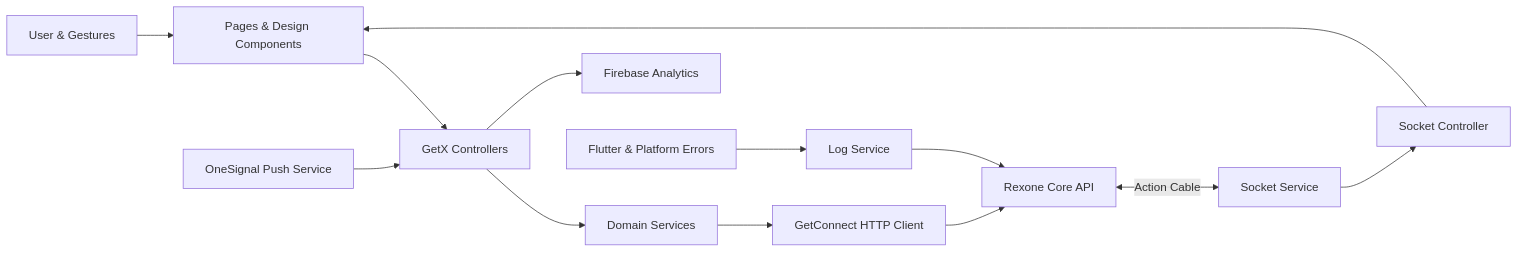
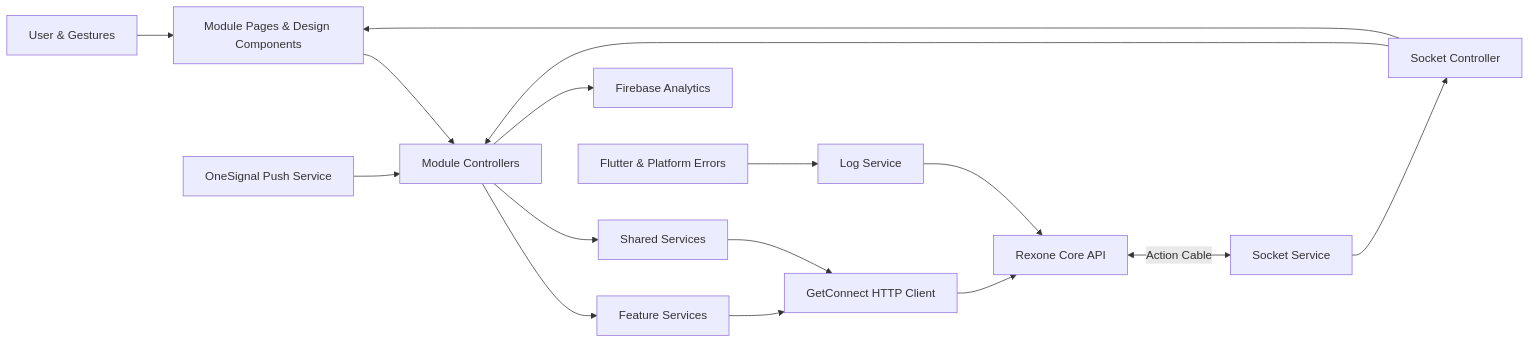
Before and after one commit to rex-9/auth-service-mobile: the diagram in README.md, drawn with Mermaid. The commit also changed other lines of this file and 66 other files, not shown here.

````diff
--- a/README.md
+++ b/README.md
@@ -79,17 +79,20 @@
 ```mermaid
 flowchart LR
-    User[User & Gestures] --> UI[Pages & Design Components]
-    UI --> Controllers[GetX Controllers]
-    Controllers --> Services[Domain Services]
-    Services --> API[GetConnect HTTP Client]
+    User[User & Gestures] --> UI[Module Pages & Design Components]
+    UI --> Controllers[Module Controllers]
+    Controllers --> FeatureSvc[Feature Services]
+    Controllers --> SharedSvc[Shared Services]
+    FeatureSvc --> API[GetConnect HTTP Client]
+    SharedSvc --> API
     API --> Core[Rexone Core API]
 
     Core <-->|Action Cable| Socket[Socket Service]
     Socket --> SocketCtrl[Socket Controller]
+    SocketCtrl --> Controllers
     SocketCtrl --> UI
 
     OneSignal[OneSignal Push Service] --> Controllers
     Controllers --> Analytics[Firebase Analytics]
     Runtime[Flutter & Platform Errors] --> LogService[Log Service]
     LogService --> Core
 ```
````
